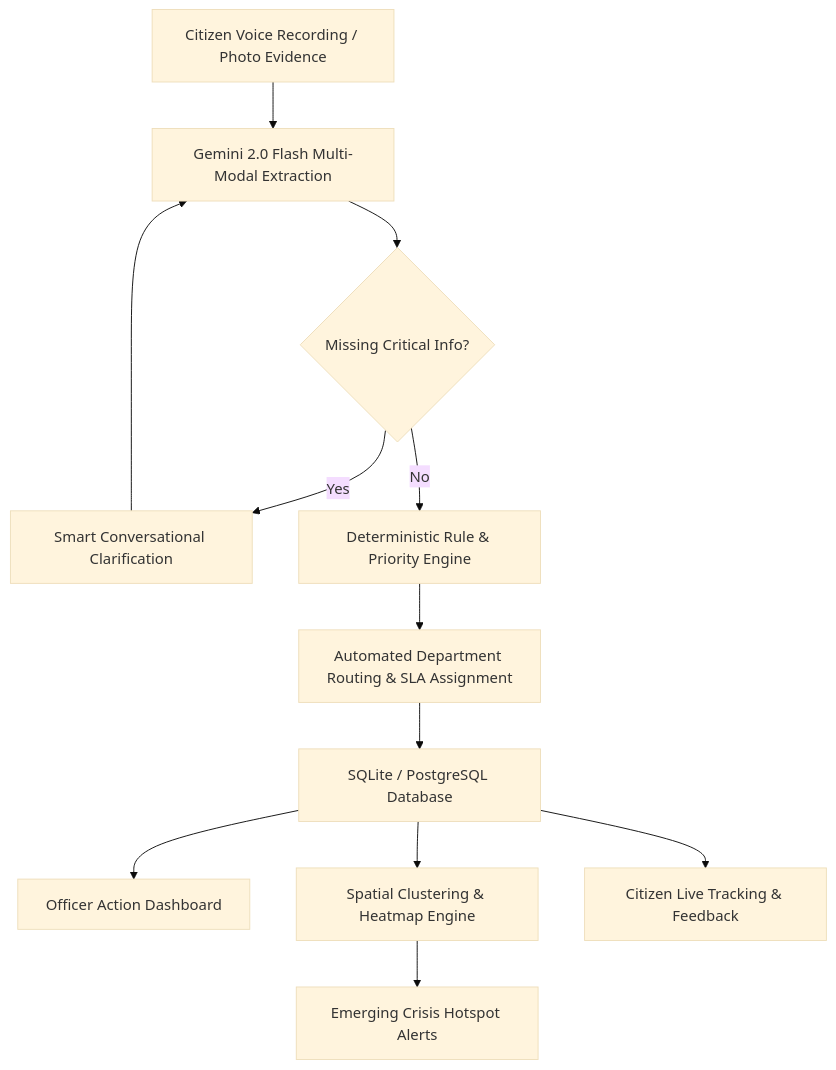
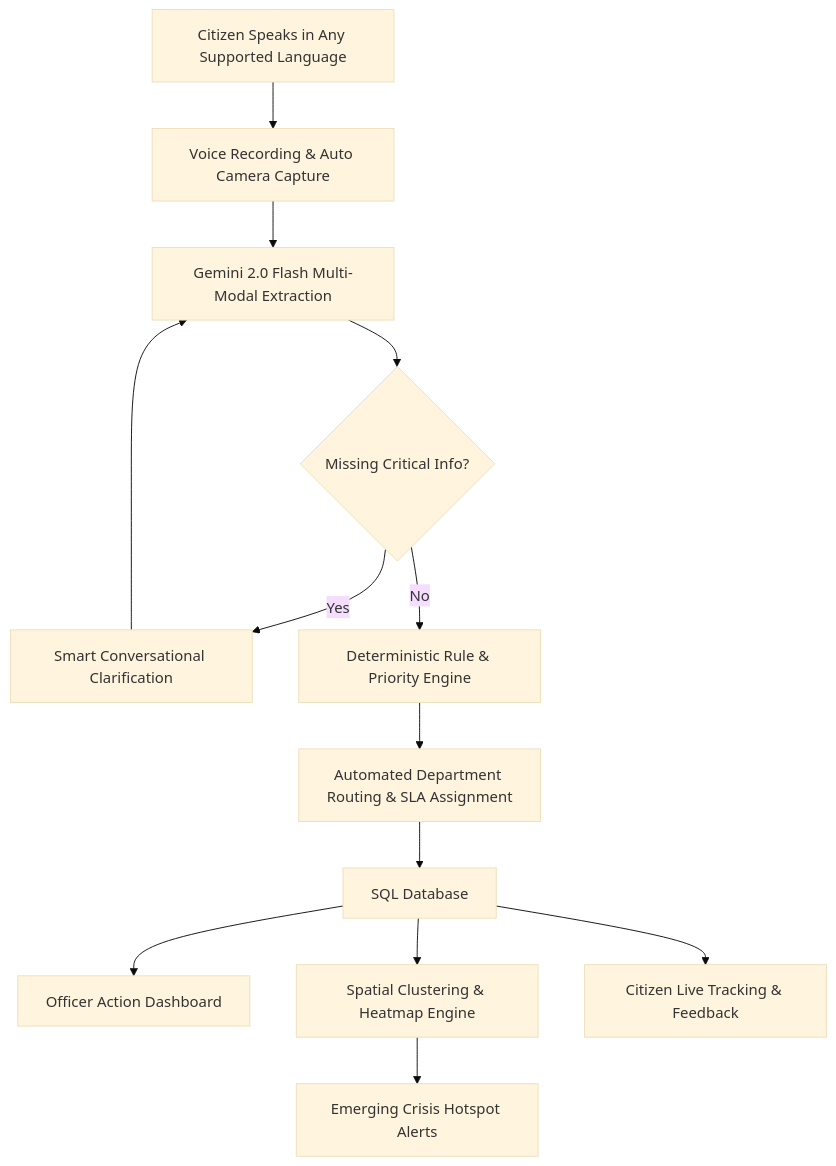
One commit to RUPANARAYANAN-R/ourvoiceourissue changed the diagram in README.md. Above: the diagram before and after it, drawn with Mermaid (base theme). The commit also changed other lines of this file, not shown here.

````diff
--- a/README.md
+++ b/README.md
@@ -58,14 +77,15 @@
 ```mermaid
 flowchart TD
-    A[Citizen Voice Recording / Photo Evidence] --> B[Gemini 2.0 Flash Multi-Modal Extraction]
-    B --> C{Missing Critical Info?}
-    C -- Yes --> D[Smart Conversational Clarification]
-    D --> B
-    C -- No --> E[Deterministic Rule & Priority Engine]
-    E --> F[Automated Department Routing & SLA Assignment]
-    F --> G[SQLite / PostgreSQL Database]
-    G --> H[Officer Action Dashboard]
-    G --> I[Spatial Clustering & Heatmap Engine]
-    G --> J[Citizen Live Tracking & Feedback]
-    I --> K[Emerging Crisis Hotspot Alerts]
+    A[Citizen Speaks in Any Supported Language] --> B[Voice Recording & Auto Camera Capture]
+    B --> C[Gemini 2.0 Flash Multi-Modal Extraction]
+    C --> D{Missing Critical Info?}
+    D -- Yes --> E[Smart Conversational Clarification]
+    E --> C
+    D -- No --> F[Deterministic Rule & Priority Engine]
+    F --> G[Automated Department Routing & SLA Assignment]
+    G --> H[SQL Database]
+    H --> I[Officer Action Dashboard]
+    H --> J[Spatial Clustering & Heatmap Engine]
+    H --> K[Citizen Live Tracking & Feedback]
+    J --> L[Emerging Crisis Hotspot Alerts]
 ```
````
